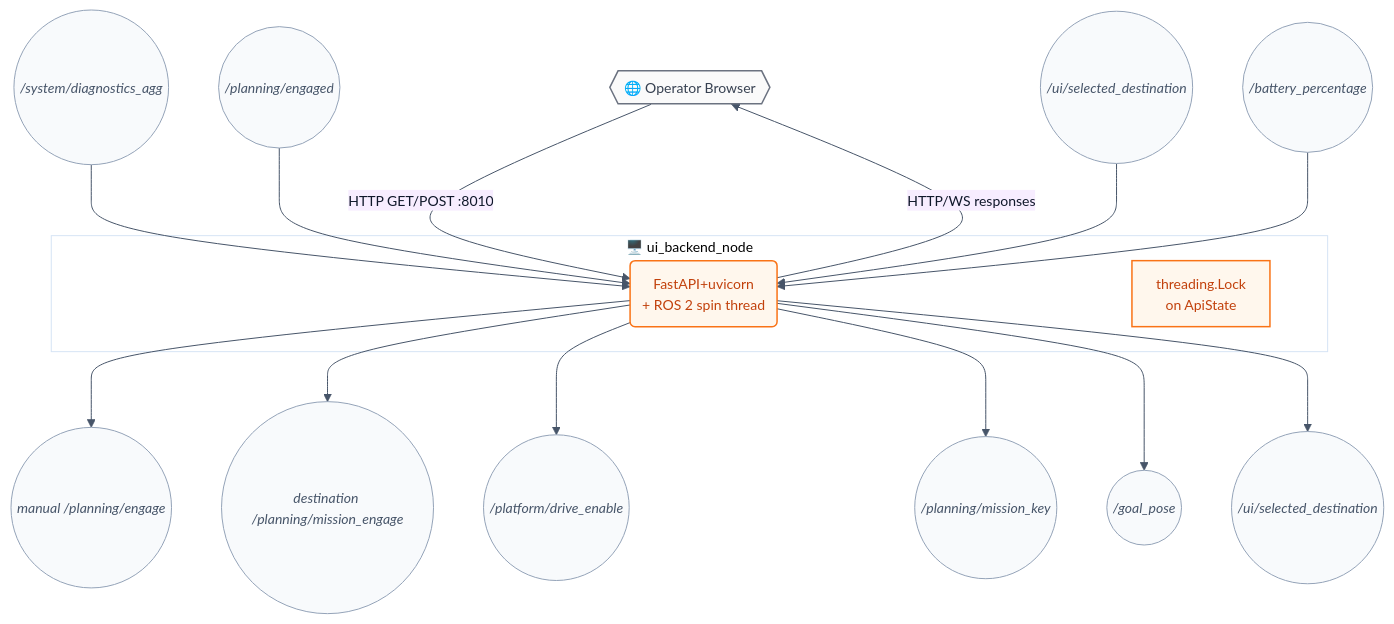
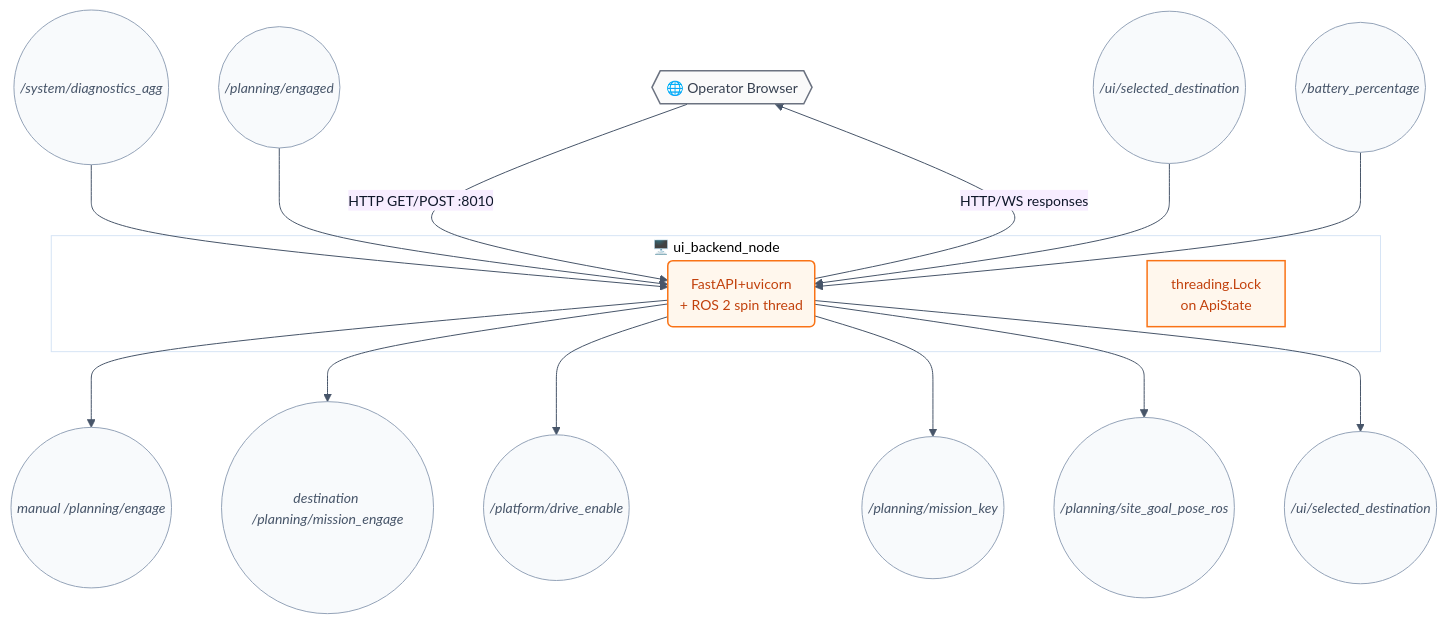
The second of 5 diagrams in camrod_ui/README.md (hwanhonglee/CAMROD), drawn with Mermaid before and after one commit. The commit also changed other lines of this file and 66 other files, not shown here.

````diff
--- a/camrod_ui/README.md
+++ b/camrod_ui/README.md
@@ -89,27 +116,27 @@
 ```mermaid
 %%{init: {'theme': 'base', 'themeVariables': {'fontFamily': 'ui-sans-serif, system-ui, sans-serif', 'fontSize': '14px', 'primaryColor': '#FFF7ED', 'primaryTextColor': '#0F172A', 'primaryBorderColor': '#F97316', 'lineColor': '#475569'}, 'flowchart': {'curve': 'basis', 'htmlLabels': true, 'padding': 12}}}%%
 graph TD
   BROWSER{{🌐 Operator Browser}}:::hardware -->|HTTP GET/POST :8010| BACKEND
 
   subgraph BACKEND_BOX["🖥️ ui_backend_node"]
     BACKEND(FastAPI+uvicorn\n+ ROS 2 spin thread):::ui
     NOTE[threading.Lock\non ApiState]:::ui
   end
 
   DIAGAGG((/system/diagnostics_agg)):::topic     --> BACKEND
   ENGAGED((/planning/engaged)):::topic    --> BACKEND
   DEST((/ui/selected_destination)):::topic --> BACKEND
   BATTERY((/battery_percentage)):::topic  --> BACKEND
 
   BACKEND -->|HTTP/WS responses| BROWSER
   BACKEND --> ENGAGE((manual /planning/engage)):::topic
   BACKEND --> MISSIONENGAGE((destination /planning/mission_engage)):::topic
   BACKEND --> DRIVEENABLE((/platform/drive_enable)):::topic
   BACKEND --> MISSIONKEY((/planning/mission_key)):::topic
-  BACKEND --> GOALPOSE((/goal_pose)):::topic
+  BACKEND --> GOALPOSE((/planning/site_goal_pose_ros)):::topic
   BACKEND --> DEST2((/ui/selected_destination)):::topic
 
   classDef ui       fill:#FFF7ED,stroke:#F97316,stroke-width:1.5px,color:#C2410C;
   classDef hardware fill:#FAFAFA,stroke:#6B7280,stroke-width:1.5px,color:#374151;
   classDef topic    fill:#F8FAFC,stroke:#94A3B8,stroke-width:1px,color:#475569,font-style:italic;
 ```
````
